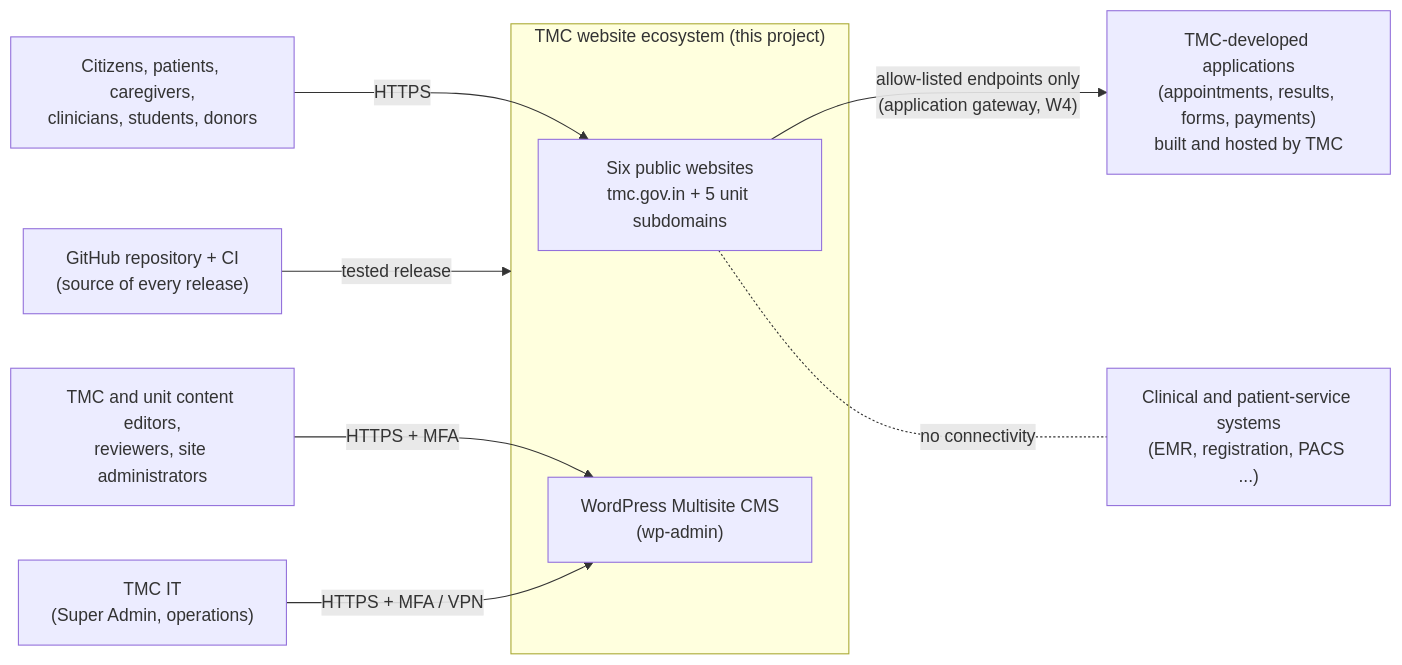
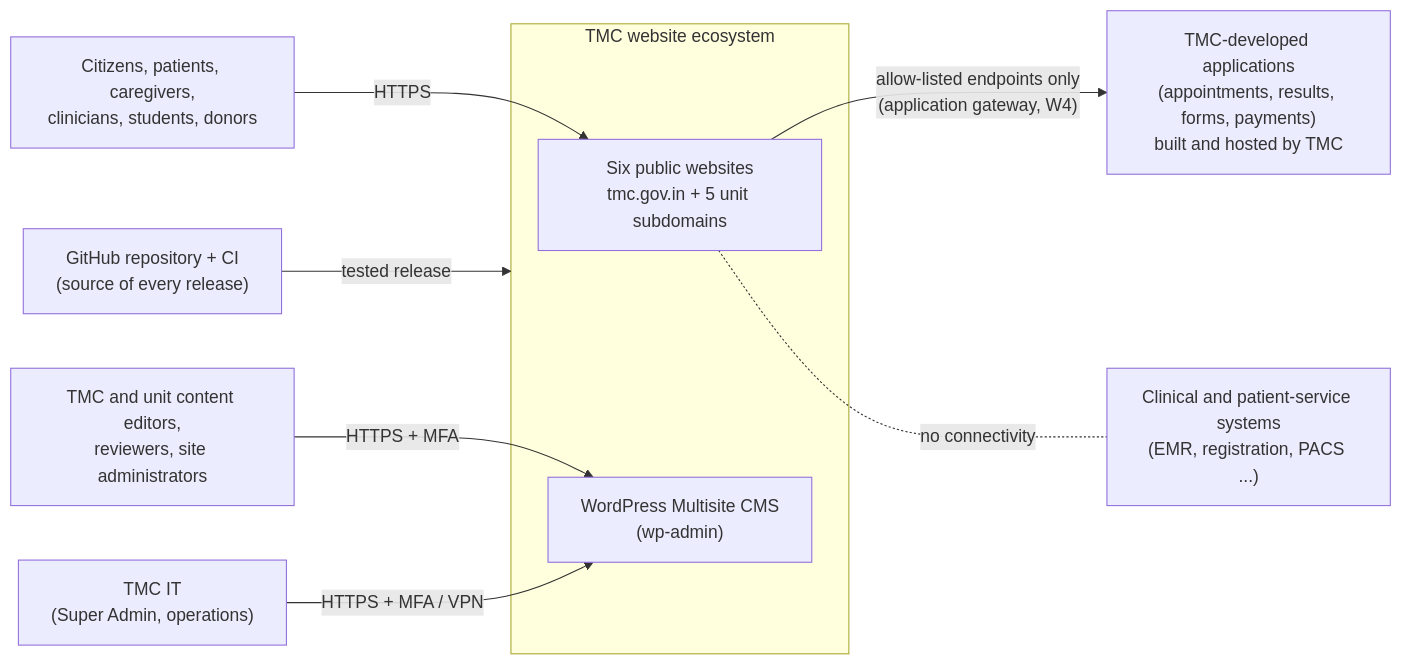
The first of 6 diagrams in docs/architecture/system-architecture.md (aryanpatel-ctrl/tmc-website), drawn with Mermaid before and after one commit. The commit also changed other lines of this file and 5 other files, not shown here.

Commit message:
docs: DOCX/PDF documentation build (pandoc filter and converter); architecture document updates

````diff
--- a/docs/architecture/system-architecture.md
+++ b/docs/architecture/system-architecture.md
@@ -43,20 +43,20 @@
 ```mermaid
 flowchart LR
     citizen["Citizens, patients, caregivers,<br/>clinicians, students, donors"]
     editors["TMC and unit content editors,<br/>reviewers, site administrators"]
     tmcit["TMC IT<br/>(Super Admin, operations)"]
-    subgraph eco["TMC website ecosystem (this project)"]
+    subgraph eco["TMC website ecosystem"]
         web["Six public websites<br/>tmc.gov.in + 5 unit subdomains"]
         cms["WordPress Multisite CMS<br/>(wp-admin)"]
     end
     apps["TMC-developed applications<br/>(appointments, results, forms, payments)<br/>built and hosted by TMC"]
     clinical["Clinical and patient-service systems<br/>(EMR, registration, PACS ...)"]
     gh["GitHub repository + CI<br/>(source of every release)"]
 
     citizen -- "HTTPS" --> web
     editors -- "HTTPS + MFA" --> cms
     tmcit -- "HTTPS + MFA / VPN" --> cms
     web -- "allow-listed endpoints only<br/>(application gateway, W4)" --> apps
     gh -- "tested release" --> eco
     web -. "no connectivity" .- clinical
 ```
````
